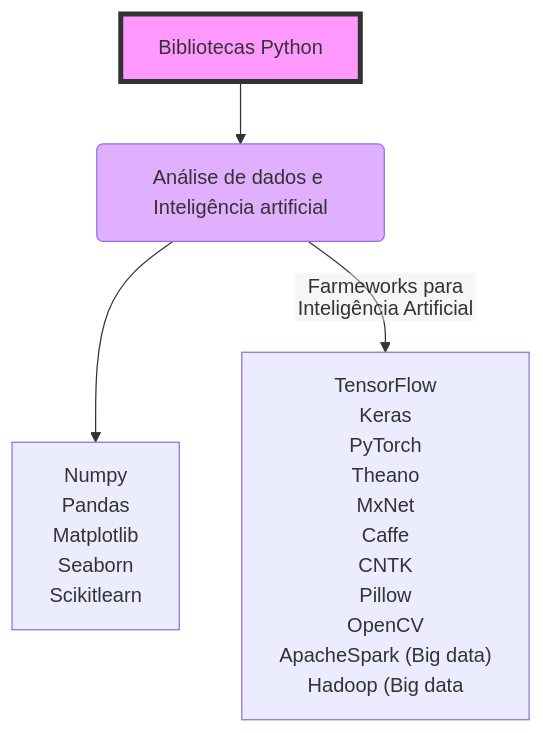
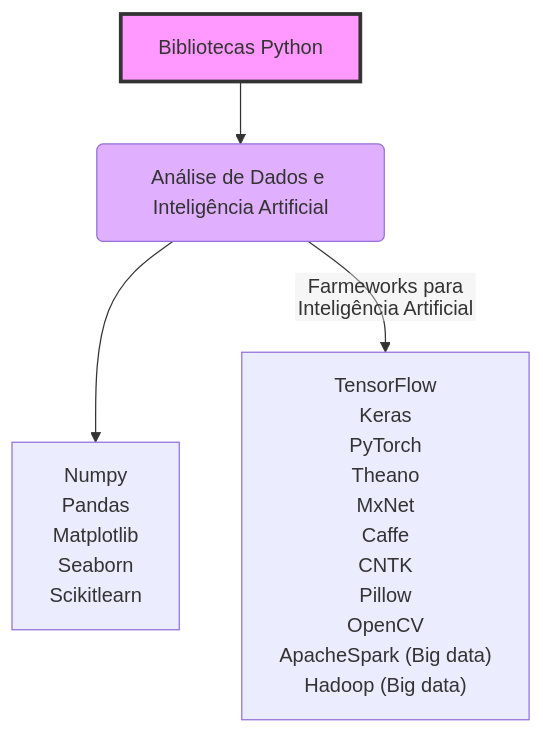
The first of 2 diagrams in mapa_do_python.qmd (francojra/mapa_do_paython), drawn with Mermaid before and after one commit. The commit also changed other lines of this file, not shown here.

````diff
--- a/mapa_do_python.qmd
+++ b/mapa_do_python.qmd
@@ -200,26 +200,26 @@
 ```{mermaid}
 %%{init: {"flowchart": {"htmlLabels": false}} }%%
 flowchart TD
     id1["Bibliotecas Python"]
-    id1-->id2("Análise de dados e Inteligência artificial")
+    id1-->id2("Análise de Dados e Inteligência Artificial")
     id2 -->D["Numpy
            Pandas
            Matplotlib
            Seaborn
            Scikitlearn"]
     id2 -- "Farmeworks para 
     Inteligência Artificial" --> E["TensorFlow
        Keras
        PyTorch
        Theano
        MxNet
        Caffe
        CNTK
        Pillow
        OpenCV
        ApacheSpark (Big data)
-       Hadoop (Big data"]
+       Hadoop (Big data)"]
     
-    style id1 fill:#f9f,stroke:#333,stroke-width:4px
+    style id1 fill:#f9f,stroke:#333,stroke-width:3px
     style id2 fill:#e0b0ff
 ```
````
